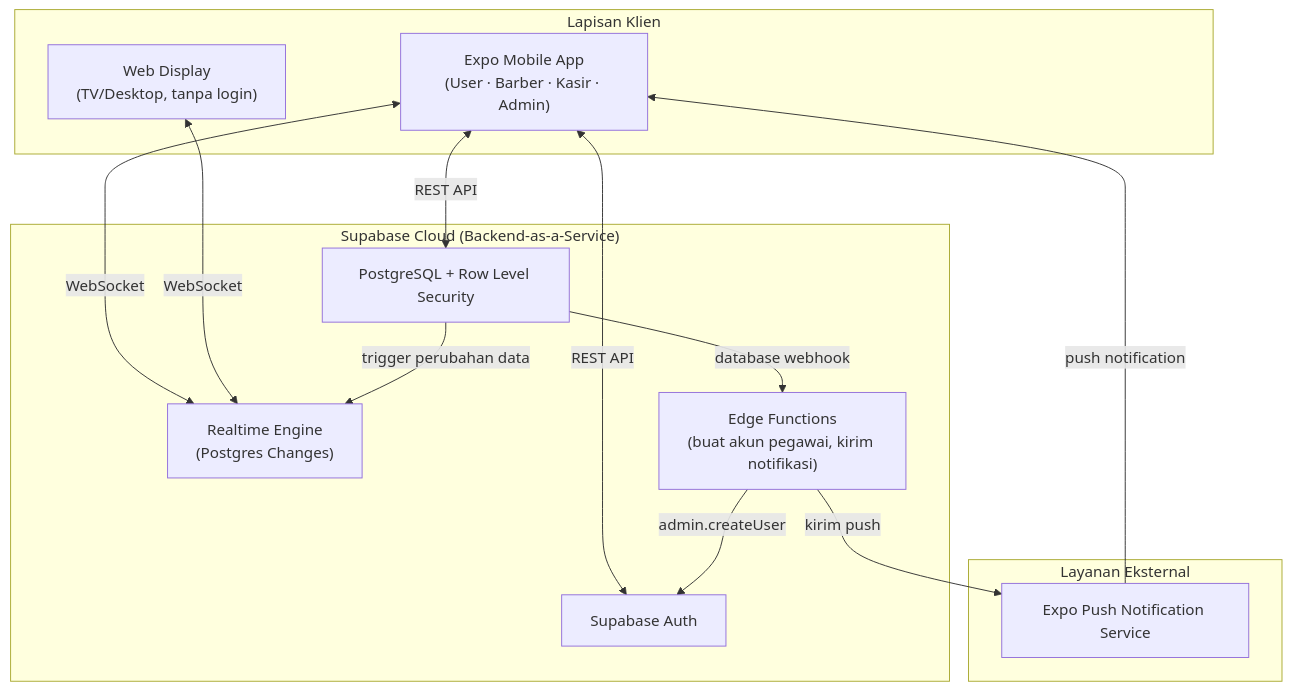
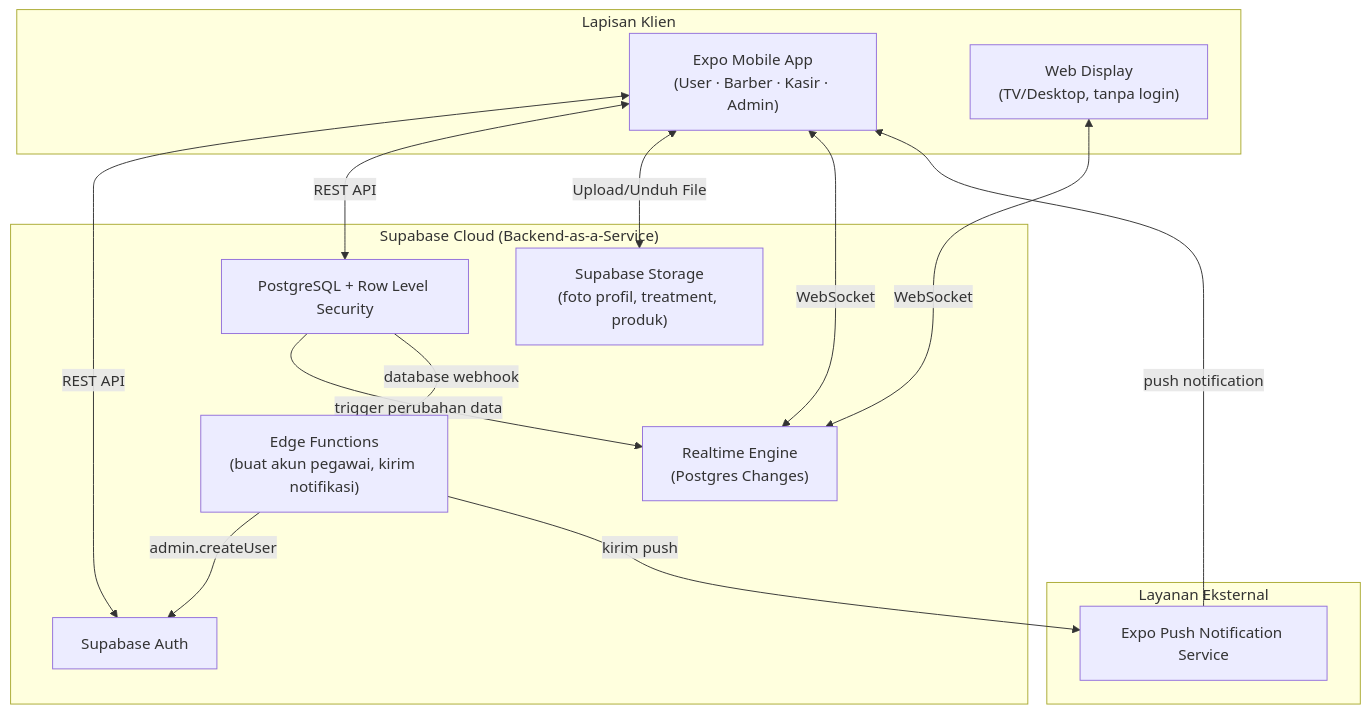
The first of 10 diagrams in docs/prd .md (ALVINfrs/BarberSys-Expo), drawn with Mermaid before and after one commit. The commit also changed other lines of this file and 6 other files, not shown here.

````diff
--- a/docs/prd .md
+++ b/docs/prd .md
@@ -124,28 +124,30 @@
 ```mermaid
 flowchart TB
     subgraph Client["Lapisan Klien"]
         Mobile["Expo Mobile App\n(User · Barber · Kasir · Admin)"]
         WebDisplay["Web Display\n(TV/Desktop, tanpa login)"]
     end
 
     subgraph Supabase["Supabase Cloud (Backend-as-a-Service)"]
         Auth["Supabase Auth"]
         DB["PostgreSQL + Row Level Security"]
         Realtime["Realtime Engine\n(Postgres Changes)"]
+        Storage["Supabase Storage\n(foto profil, treatment, produk)"]
         EdgeFn["Edge Functions\n(buat akun pegawai, kirim notifikasi)"]
     end
 
     subgraph External["Layanan Eksternal"]
         ExpoPush["Expo Push Notification Service"]
     end
 
     Mobile <-->|REST API| Auth
     Mobile <-->|REST API| DB
+    Mobile <-->|Upload/Unduh File| Storage
     Mobile <-->|WebSocket| Realtime
     WebDisplay <-->|WebSocket| Realtime
     DB -->|trigger perubahan data| Realtime
     DB -->|database webhook| EdgeFn
     EdgeFn -->|admin.createUser| Auth
     EdgeFn -->|kirim push| ExpoPush
     ExpoPush -->|push notification| Mobile
 ```
````
